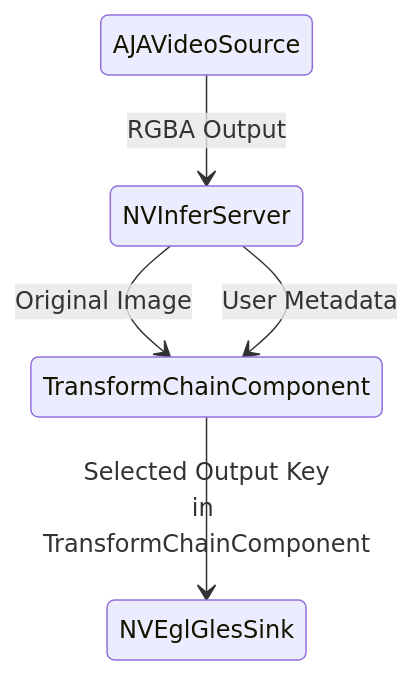
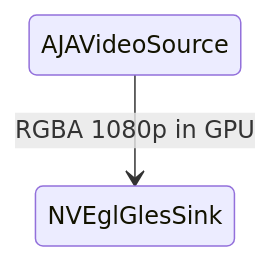
One commit to Project-MONAI/MONAIStream changed the fifth of 5 diagrams in docs/source/developerguide.rst. Above: the diagram before and after it, drawn with Mermaid. The commit also changed other lines of this file and 2 other files, not shown here.

```diff
--- a/docs/source/developerguide.rst
+++ b/docs/source/developerguide.rst
@@ -336,7 +436,4 @@
 .. mermaid::
    
    stateDiagram-v2
-      AJAVideoSource --> NVInferServer: RGBA Output
-      NVInferServer --> TransformChainComponent: Original Image
-      NVInferServer --> TransformChainComponent: User Metadata
-      TransformChainComponent --> NVEglGlesSink: <center>Selected Output Key<br>in TransformChainComponent</center>
+      AJAVideoSource --> NVEglGlesSink: RGBA 1080p in GPU
```
